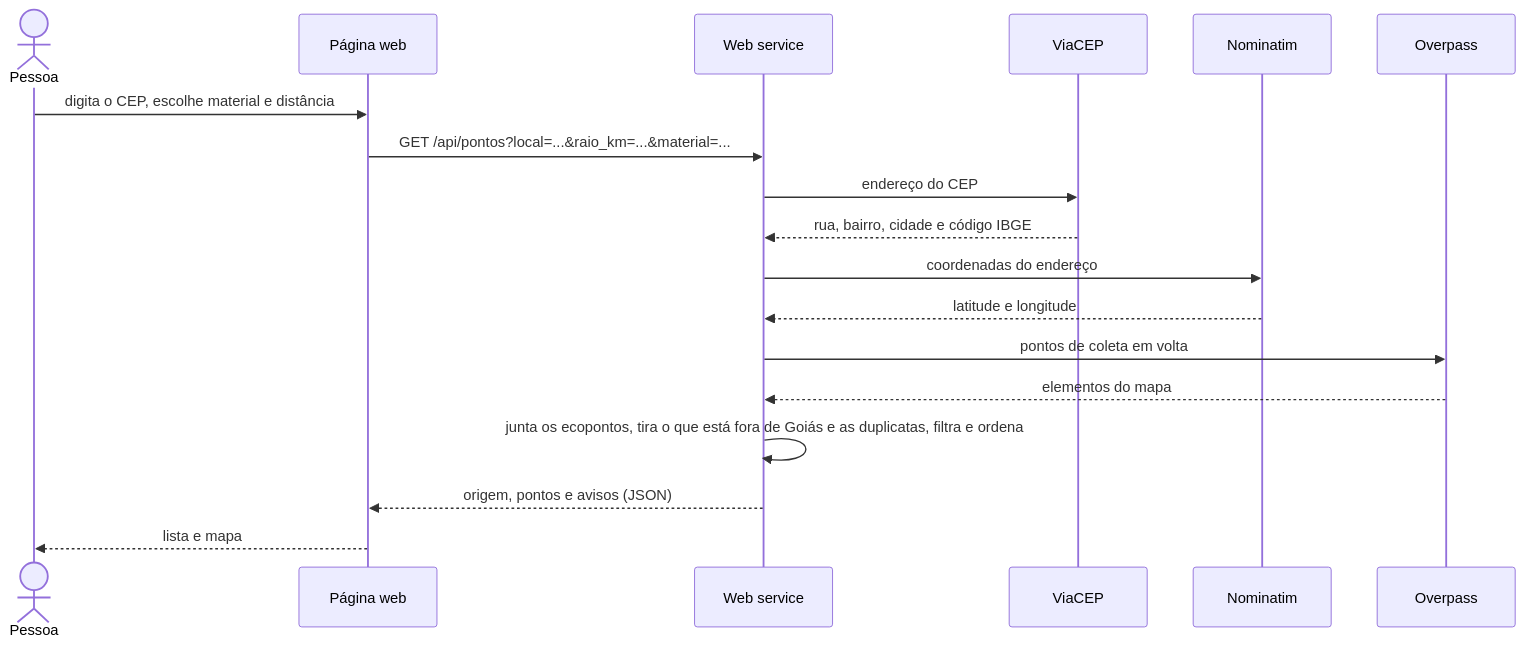
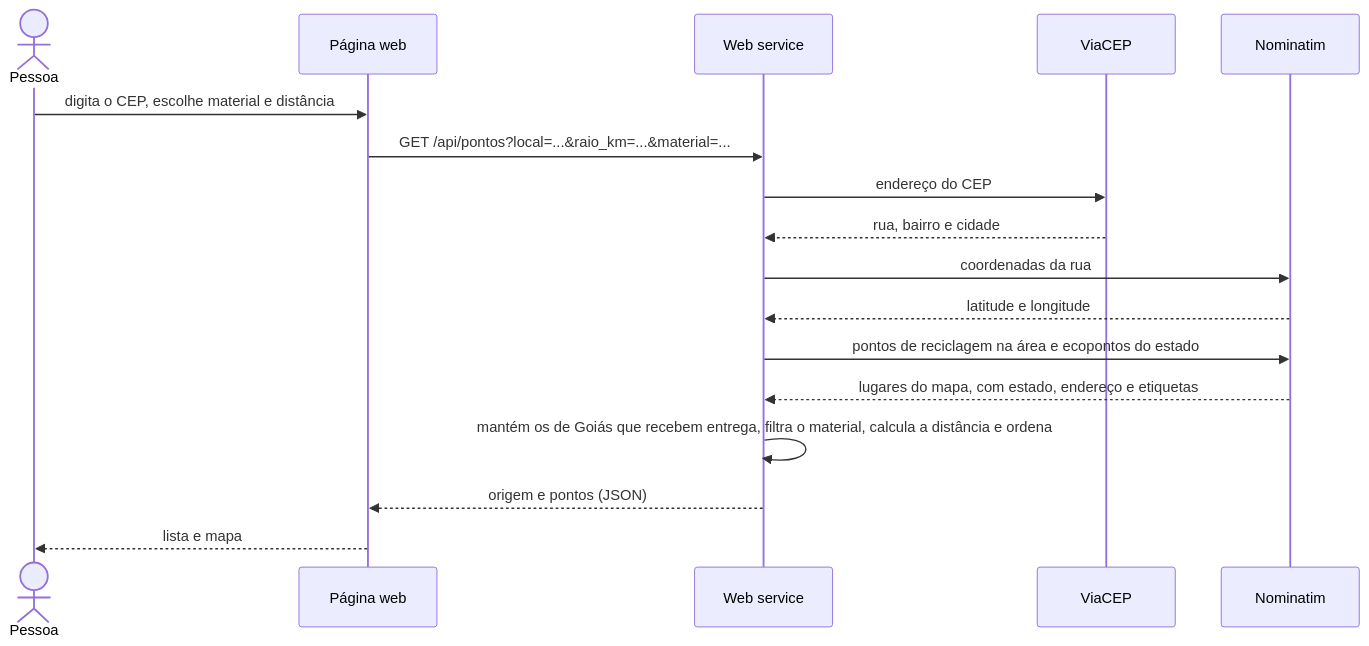
Before and after one commit to GustasSilva/residuogo: the second of 4 diagrams in docs/DIAGRAMAS.md, drawn with Mermaid. The commit also changed other lines of this file and 26 other files, not shown here.

Commit message:
busca os pontos ao vivo pelo Nominatim e tira os dados guardados no projeto

````diff
--- a/docs/DIAGRAMAS.md
+++ b/docs/DIAGRAMAS.md
@@ -46,21 +38,20 @@
 ```mermaid
 sequenceDiagram
     actor Pessoa
     participant P as Página web
     participant S as Web service
     participant V as ViaCEP
     participant N as Nominatim
-    participant O as Overpass
 
     Pessoa->>P: digita o CEP, escolhe material e distância
     P->>S: GET /api/pontos?local=...&raio_km=...&material=...
     S->>V: endereço do CEP
-    V-->>S: rua, bairro, cidade e código IBGE
-    S->>N: coordenadas do endereço
+    V-->>S: rua, bairro e cidade
+    S->>N: coordenadas da rua
     N-->>S: latitude e longitude
-    S->>O: pontos de coleta em volta
-    O-->>S: elementos do mapa
-    S->>S: junta os ecopontos, tira o que está fora de Goiás e as duplicatas, filtra e ordena
-    S-->>P: origem, pontos e avisos (JSON)
+    S->>N: pontos de reciclagem na área e ecopontos do estado
+    N-->>S: lugares do mapa, com estado, endereço e etiquetas
+    S->>S: mantém os de Goiás que recebem entrega, filtra o material, calcula a distância e ordena
+    S-->>P: origem e pontos (JSON)
     P-->>Pessoa: lista e mapa
 ```
````
